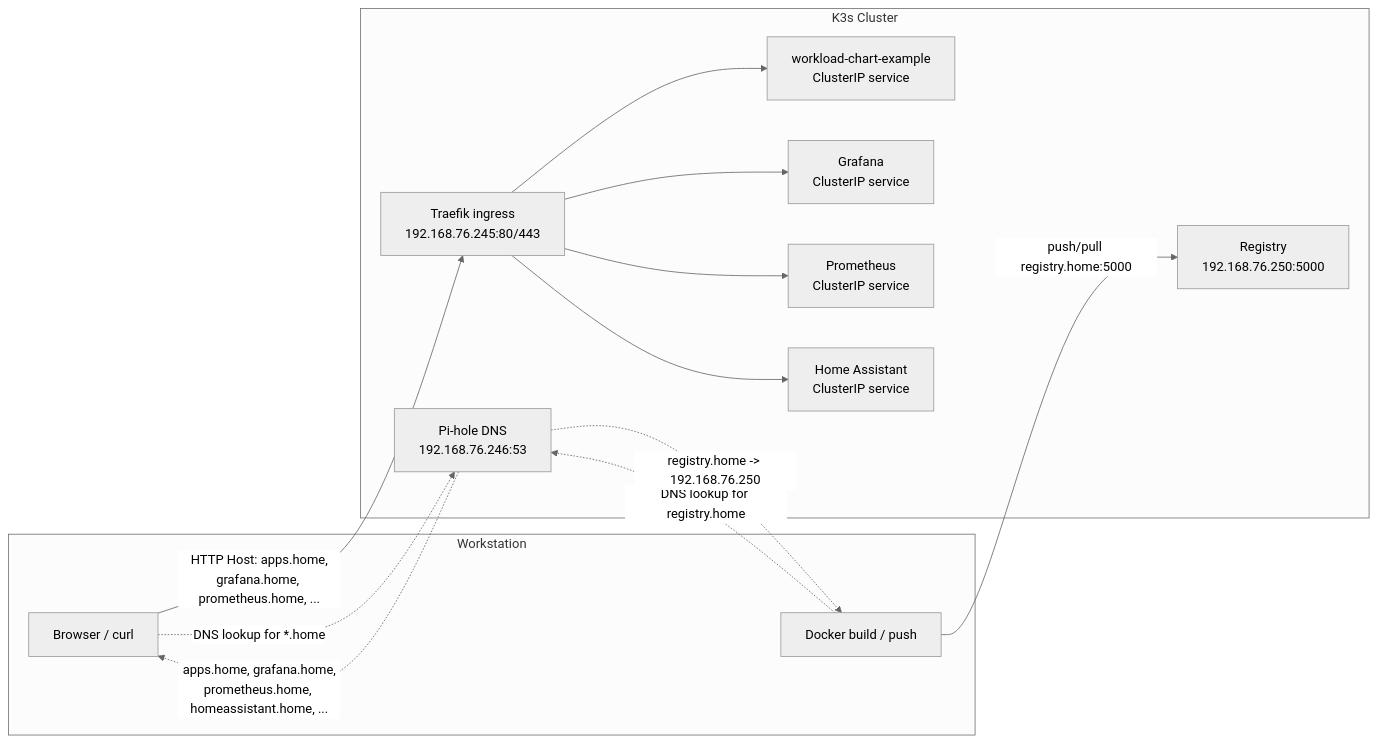
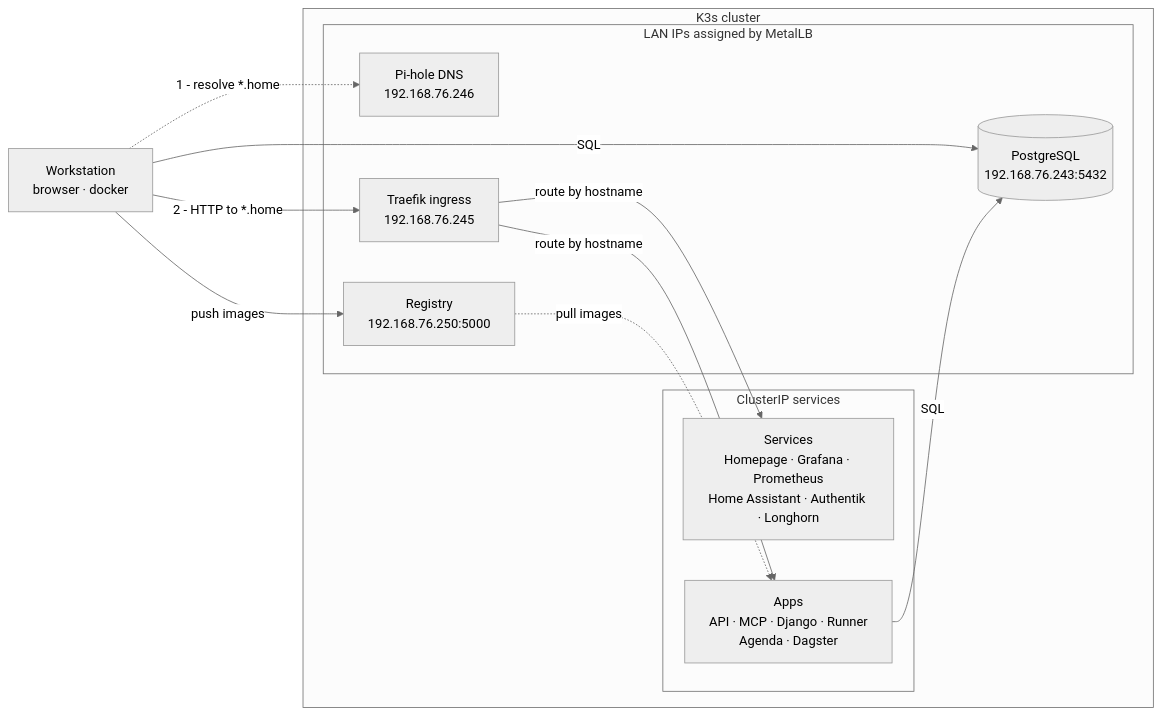
One commit to jyablonski/homelab changed the diagram in README.md. Above: the diagram before and after it, drawn with Mermaid (neutral theme). The commit also changed other lines of this file and 7 other files, not shown here.

````diff
--- a/README.md
+++ b/README.md
@@ -82,30 +88,28 @@
 ```mermaid
 flowchart LR
-  subgraph Client["Workstation"]
-    browser["Browser / curl"]
-    docker["Docker build / push"]
+  workstation["Workstation<br/>browser · docker"]
+
+  subgraph cluster["K3s cluster"]
+    subgraph lan["LAN IPs assigned by MetalLB"]
+      pihole["Pi-hole DNS<br/>192.168.76.246"]
+      traefik["Traefik ingress<br/>192.168.76.245"]
+      registry["Registry<br/>192.168.76.250:5000"]
+      postgres[("PostgreSQL<br/>192.168.76.243:5432")]
+    end
+
+    subgraph internal["ClusterIP services"]
+      services["Services<br/>Homepage · Grafana · Prometheus<br/>Home Assistant · Authentik · Longhorn"]
+      apps["Apps<br/>API · MCP · Django · Runner<br/>Agenda · Dagster"]
+    end
   end
 
-  subgraph Cluster["K3s Cluster"]
-    pihole["Pi-hole DNS<br/>192.168.76.246:53"]
-    traefik["Traefik ingress<br/>192.168.76.245:80/443"]
-    app["workload-chart-example<br/>ClusterIP service"]
-    grafana["Grafana<br/>ClusterIP service"]
-    prometheus["Prometheus<br/>ClusterIP service"]
-    homeassistant["Home Assistant<br/>ClusterIP service"]
-    registry["Registry<br/>192.168.76.250:5000"]
-  end
+  workstation -. "1 - resolve *.home" .-> pihole
+  workstation -->|"2 - HTTP to *.home"| traefik
+  traefik -->|"route by hostname"| services
+  traefik -->|"route by hostname"| apps
 
-  browser -. "DNS lookup for *.home" .-> pihole
-  pihole -. "apps.home, grafana.home,<br/>prometheus.home, homeassistant.home, ..." .-> browser
-
-  browser -->|"HTTP Host: apps.home,<br/>grafana.home, prometheus.home, ..."| traefik
-  traefik --> app
-  traefik --> grafana
-  traefik --> prometheus
-  traefik --> homeassistant
-
-  docker -. "DNS lookup for registry.home" .-> pihole
-  pihole -. "registry.home -> 192.168.76.250" .-> docker
-  docker -->|"push/pull registry.home:5000"| registry
+  workstation -->|"push images"| registry
+  registry -. "pull images" .-> apps
+  workstation -->|"SQL"| postgres
+  apps -->|"SQL"| postgres
 ```
````
